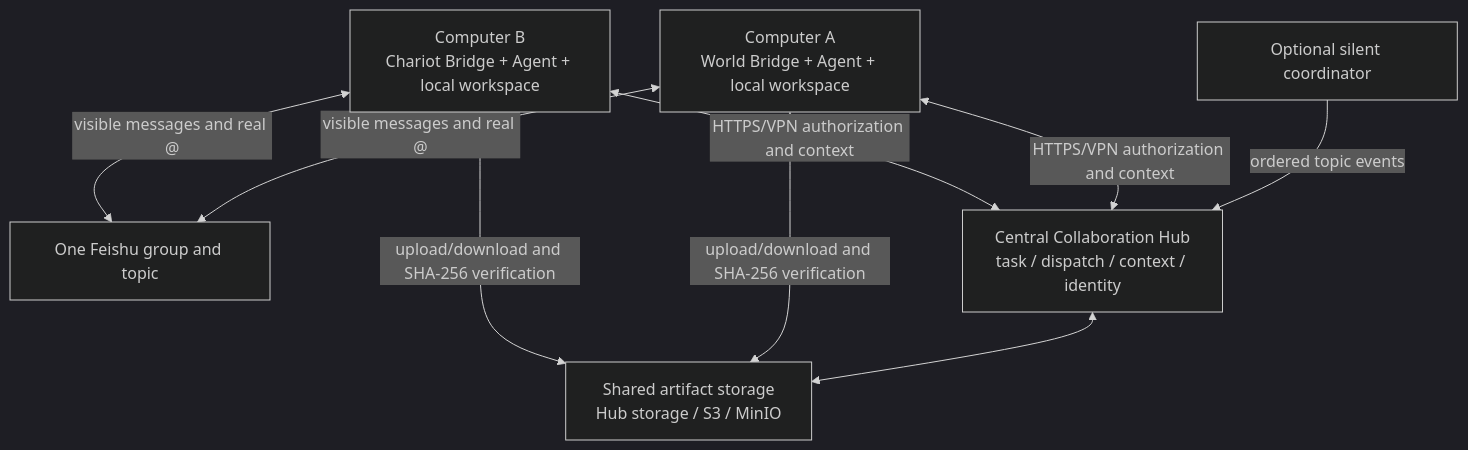
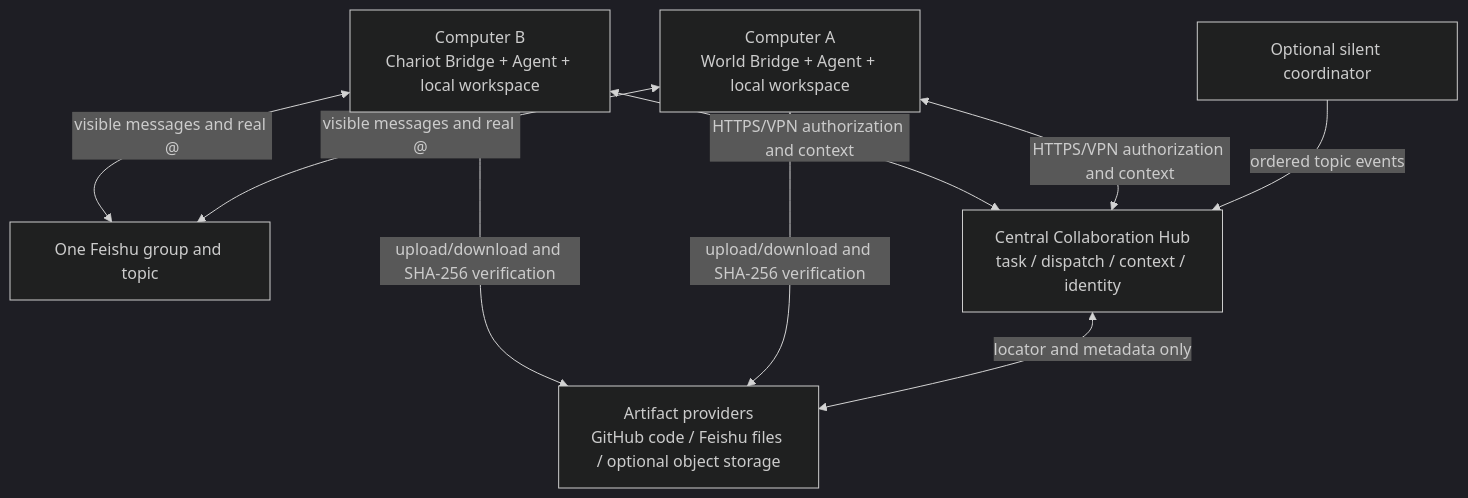
The diagram in docs/DISTRIBUTED_DEPLOYMENT_ROADMAP.md (ZenHatesCoding/feishu-local-agent-bridge-windows), drawn with Mermaid (dark theme) before and after one commit. The commit also changed other lines of this file and 9 other files, not shown here.

Commit message:
docs: clarify artifact providers and hub topology

````diff
--- a/docs/DISTRIBUTED_DEPLOYMENT_ROADMAP.md
+++ b/docs/DISTRIBUTED_DEPLOYMENT_ROADMAP.md
@@ -48,18 +48,18 @@
 ```mermaid
 flowchart TB
   F["One Feishu group and topic"]
   H["Central Collaboration Hub\ntask / dispatch / context / identity"]
-  S["Shared artifact storage\nHub storage / S3 / MinIO"]
+  S["Artifact providers\nGitHub code / Feishu files / optional object storage"]
   A["Computer A\nWorld Bridge + Agent + local workspace"]
   B["Computer B\nChariot Bridge + Agent + local workspace"]
   C["Optional silent coordinator"]
 
   A <-->|"visible messages and real @"| F
   B <-->|"visible messages and real @"| F
   C -->|"ordered topic events"| H
   A <-->|"HTTPS/VPN authorization and context"| H
   B <-->|"HTTPS/VPN authorization and context"| H
-  H <--> S
+  H <-->|"locator and metadata only"| S
   A <-->|"upload/download and SHA-256 verification"| S
   B <-->|"upload/download and SHA-256 verification"| S
 ```
````
